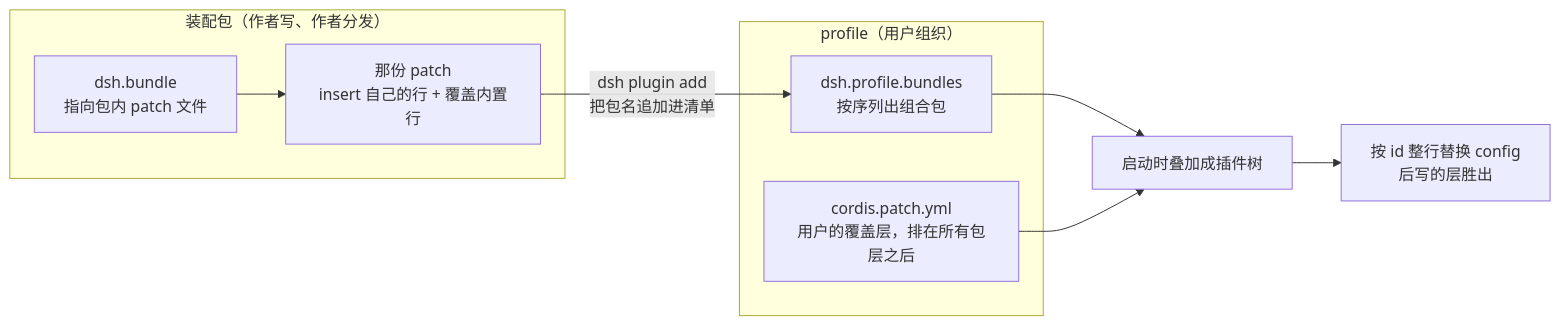
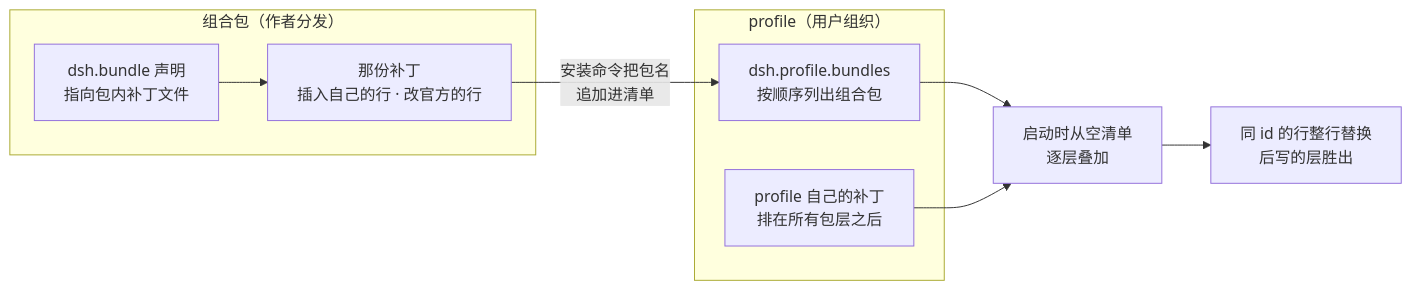
The first of 2 diagrams in dsh 插件开发学习/18-把插件打包成装配包.md (anthonyzhao-4926/blog), drawn with Mermaid before and after one commit. The commit also changed other lines of this file and 38 other files, not shown here.

````diff
--- a/dsh 插件开发学习/18-把插件打包成装配包.md
+++ b/dsh 插件开发学习/18-把插件打包成装配包.md
@@ -43,16 +47,16 @@
 ```mermaid
 flowchart LR
-    subgraph bundle["装配包（作者写、作者分发）"]
-        M1["dsh.bundle<br/>指向包内 patch 文件"]
-        M2["那份 patch<br/>insert 自己的行 + 覆盖内置行"]
+    subgraph bundle["组合包（作者分发）"]
+        M1["dsh.bundle 声明<br/>指向包内补丁文件"]
+        M2["那份补丁<br/>插入自己的行 · 改官方的行"]
         M1 --> M2
     end
     subgraph profile["profile（用户组织）"]
-        M3["dsh.profile.bundles<br/>按序列出组合包"]
-        M4["cordis.patch.yml<br/>用户的覆盖层，排在所有包层之后"]
+        M3["dsh.profile.bundles<br/>按顺序列出组合包"]
+        M4["profile 自己的补丁<br/>排在所有包层之后"]
     end
-    M2 -- "dsh plugin add<br/>把包名追加进清单" --> M3
-    M3 --> T["启动时叠加成插件树"]
+    M2 -- "安装命令把包名<br/>追加进清单" --> M3
+    M3 --> T["启动时从空清单<br/>逐层叠加"]
     M4 --> T
-    T --> R["按 id 整行替换 config<br/>后写的层胜出"]
+    T --> R["同 id 的行整行替换<br/>后写的层胜出"]
 ```
````
